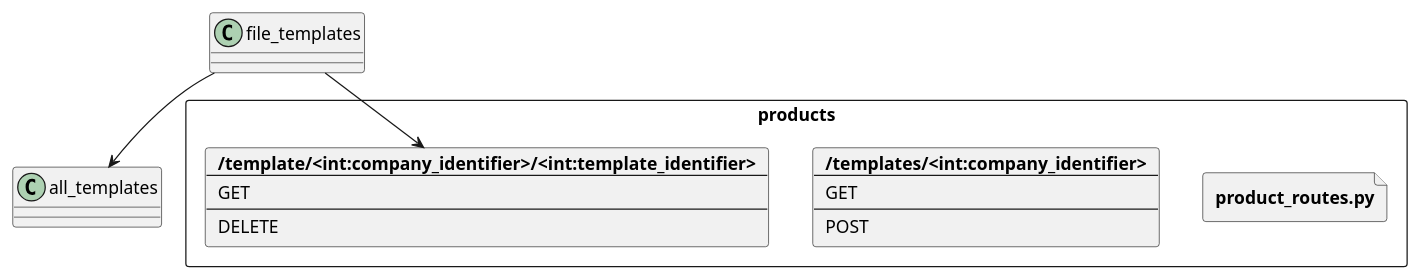
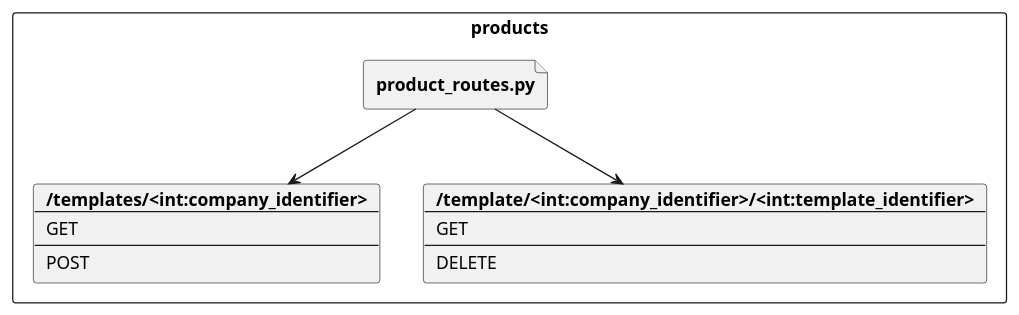
One commit to NielsPoldervaart/Project-C-Groep-4 changed the diagram in Diagrams (PlantUml)/flask_routes_layout_files/product_routes_layout_files.plantuml. Above: the diagram before and after it, drawn with PlantUML. The commit also changed 3 other files, not shown here.

```diff
--- a/Diagrams (PlantUml)/flask_routes_layout_files/product_routes_layout_files.plantuml
+++ b/Diagrams (PlantUml)/flask_routes_layout_files/product_routes_layout_files.plantuml
@@ -1,28 +1,27 @@
 @startuml
 rectangle products {
     file file_products [
         **product_routes.py**
     ]
 
     card all_products[
         **/templates/<int:company_identifier>**
         ----
         GET
         ----
         POST
     ]
 
-    card specific_template[
+    card specific_product[
         **/template/<int:company_identifier>/<int:template_identifier>**
         ----
         GET
         ----
         DELETE
     ]
 }
-file_templates --> all_templates
-file_templates --> specific_template
 
-
+file_products --> all_products
+file_products --> specific_product
 
 @enduml
```
